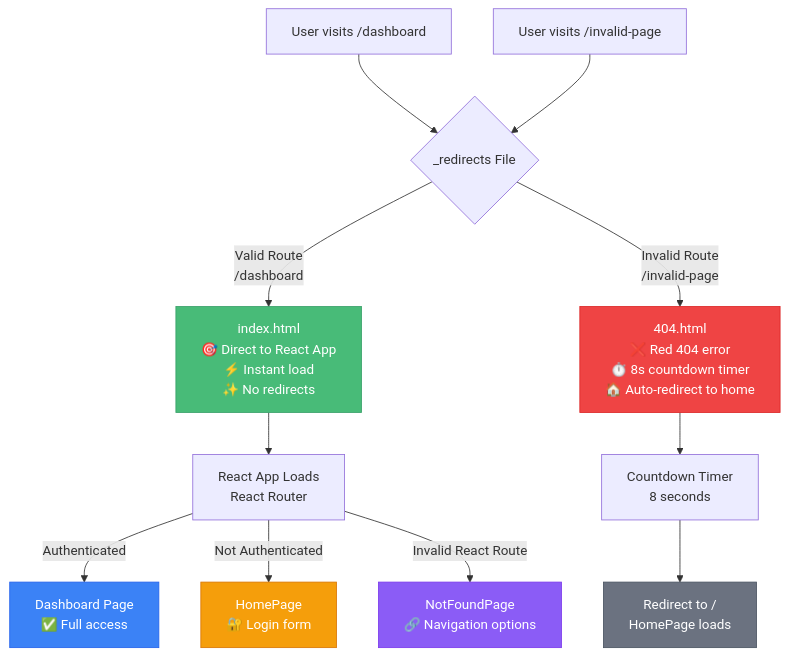
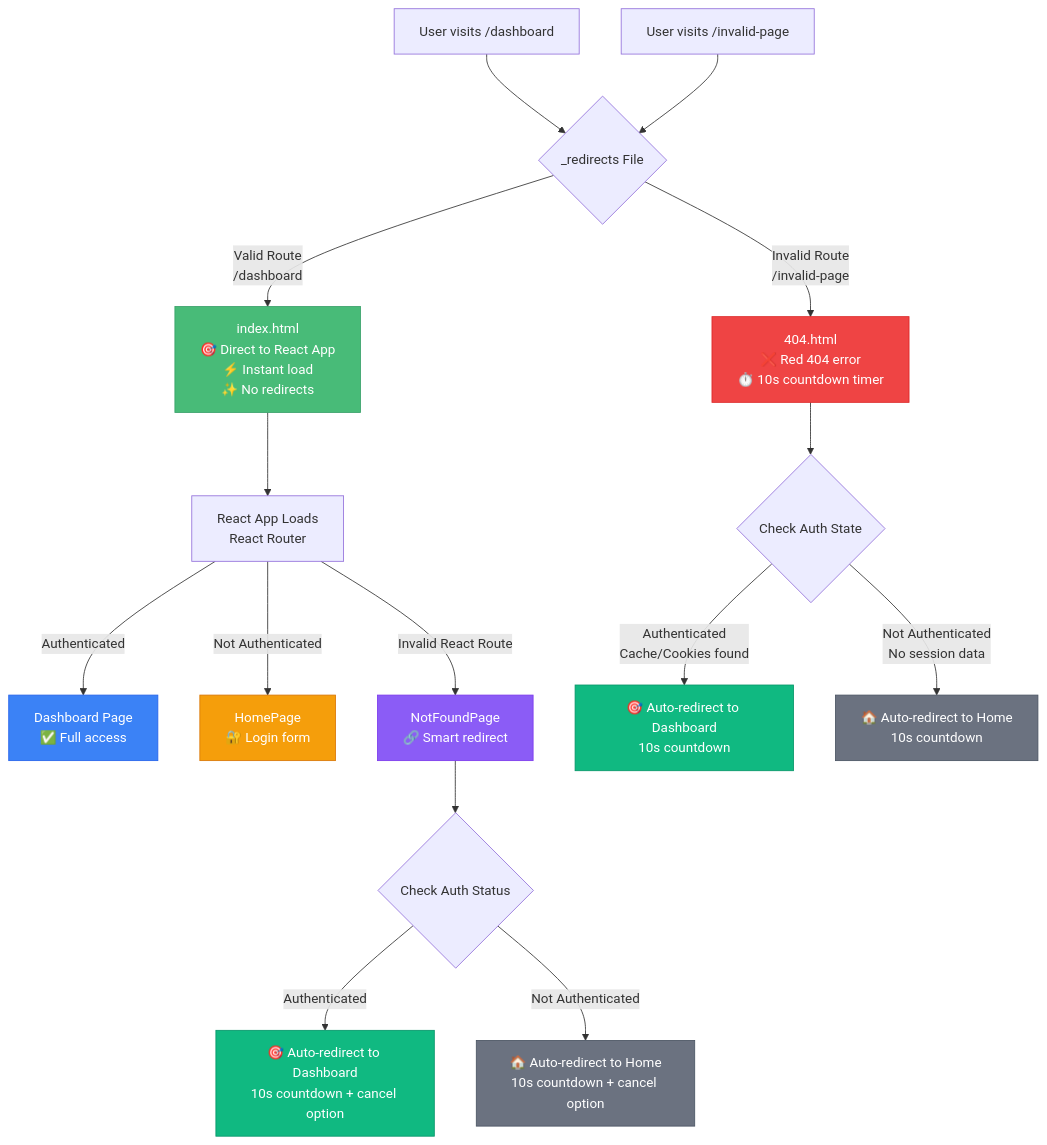
One commit to teja230/storesight changed the diagram in frontend/README.md. Above: the diagram before and after it, drawn with Mermaid. The commit also changed other lines of this file and 2 other files, not shown here.

First line of the commit message:
feat: implement authentication-aware 404 redirects with 10s countdown

````diff
--- a/frontend/README.md
+++ b/frontend/README.md
@@ -185,24 +185,32 @@
 ```mermaid
 graph TD
     A["User visits /dashboard"] --> B{_redirects File}
     A2["User visits /invalid-page"] --> B
     
     B -->|Valid Route<br/>/dashboard| C["index.html<br/>🎯 Direct to React App<br/>⚡ Instant load<br/>✨ No redirects"]
-    B -->|Invalid Route<br/>/invalid-page| D["404.html<br/>❌ Red 404 error<br/>⏱️ 8s countdown timer<br/>🏠 Auto-redirect to home"]
+    B -->|Invalid Route<br/>/invalid-page| D["404.html<br/>❌ Red 404 error<br/>⏱️ 10s countdown timer"]
     
     C --> E["React App Loads<br/>React Router"]
-    D --> F["Countdown Timer<br/>8 seconds"]
+    D --> F{Check Auth State}
     
     E -->|Authenticated| G["Dashboard Page<br/>✅ Full access"]
     E -->|Not Authenticated| H["HomePage<br/>🔐 Login form"]
-    E -->|Invalid React Route| I["NotFoundPage<br/>🔗 Navigation options"]
+    E -->|Invalid React Route| I["NotFoundPage<br/>🔗 Smart redirect"]
     
-    F --> J["Redirect to /<br/>HomePage loads"]
+    F -->|Authenticated<br/>Cache/Cookies found| J["🎯 Auto-redirect to Dashboard<br/>10s countdown"]
+    F -->|Not Authenticated<br/>No session data| K["🏠 Auto-redirect to Home<br/>10s countdown"]
+    
+    I --> L{Check Auth Status}
+    L -->|Authenticated| M["🎯 Auto-redirect to Dashboard<br/>10s countdown + cancel option"]
+    L -->|Not Authenticated| N["🏠 Auto-redirect to Home<br/>10s countdown + cancel option"]
     
     style C fill:#48bb78,stroke:#38a169,color:#fff
     style D fill:#ef4444,stroke:#dc2626,color:#fff
     style G fill:#3b82f6,stroke:#2563eb,color:#fff
     style H fill:#f59e0b,stroke:#d97706,color:#fff
     style I fill:#8b5cf6,stroke:#7c3aed,color:#fff
-    style J fill:#6b7280,stroke:#4b5563,color:#fff
+    style J fill:#10b981,stroke:#059669,color:#fff
+    style K fill:#6b7280,stroke:#4b5563,color:#fff
+    style M fill:#10b981,stroke:#059669,color:#fff
+    style N fill:#6b7280,stroke:#4b5563,color:#fff
 ```
````
